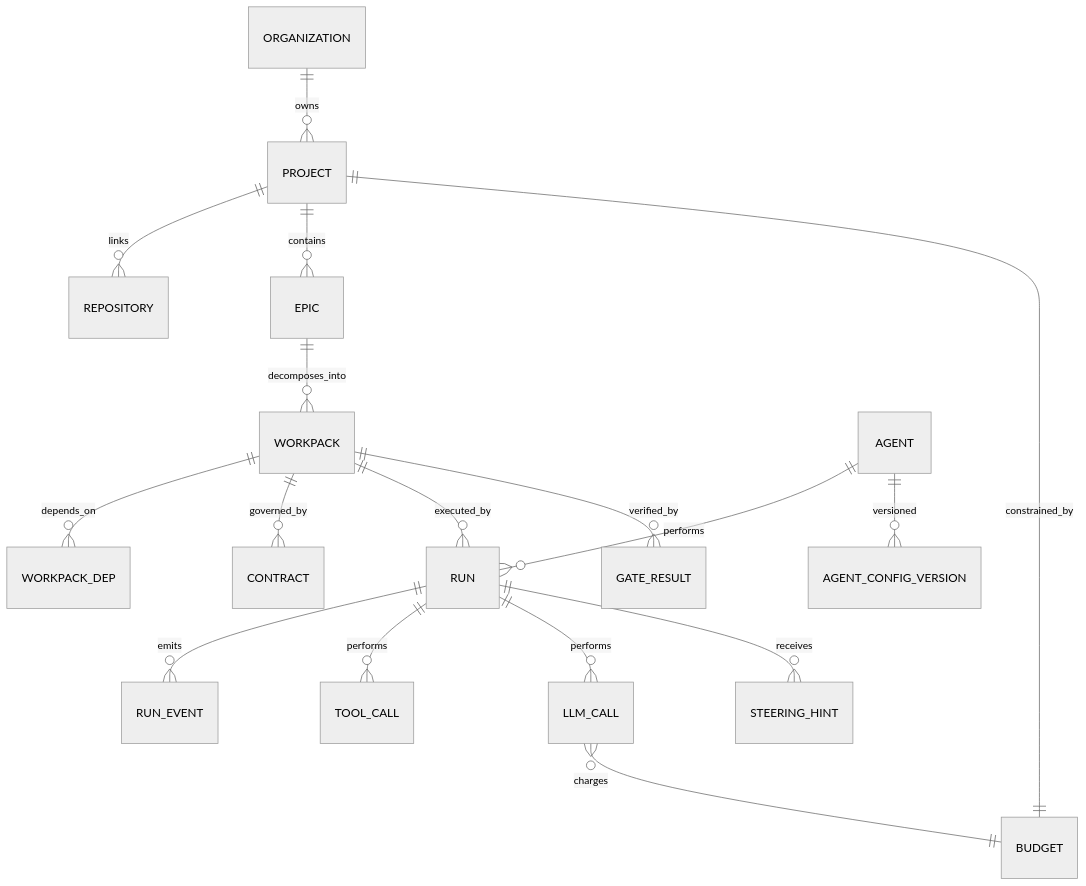
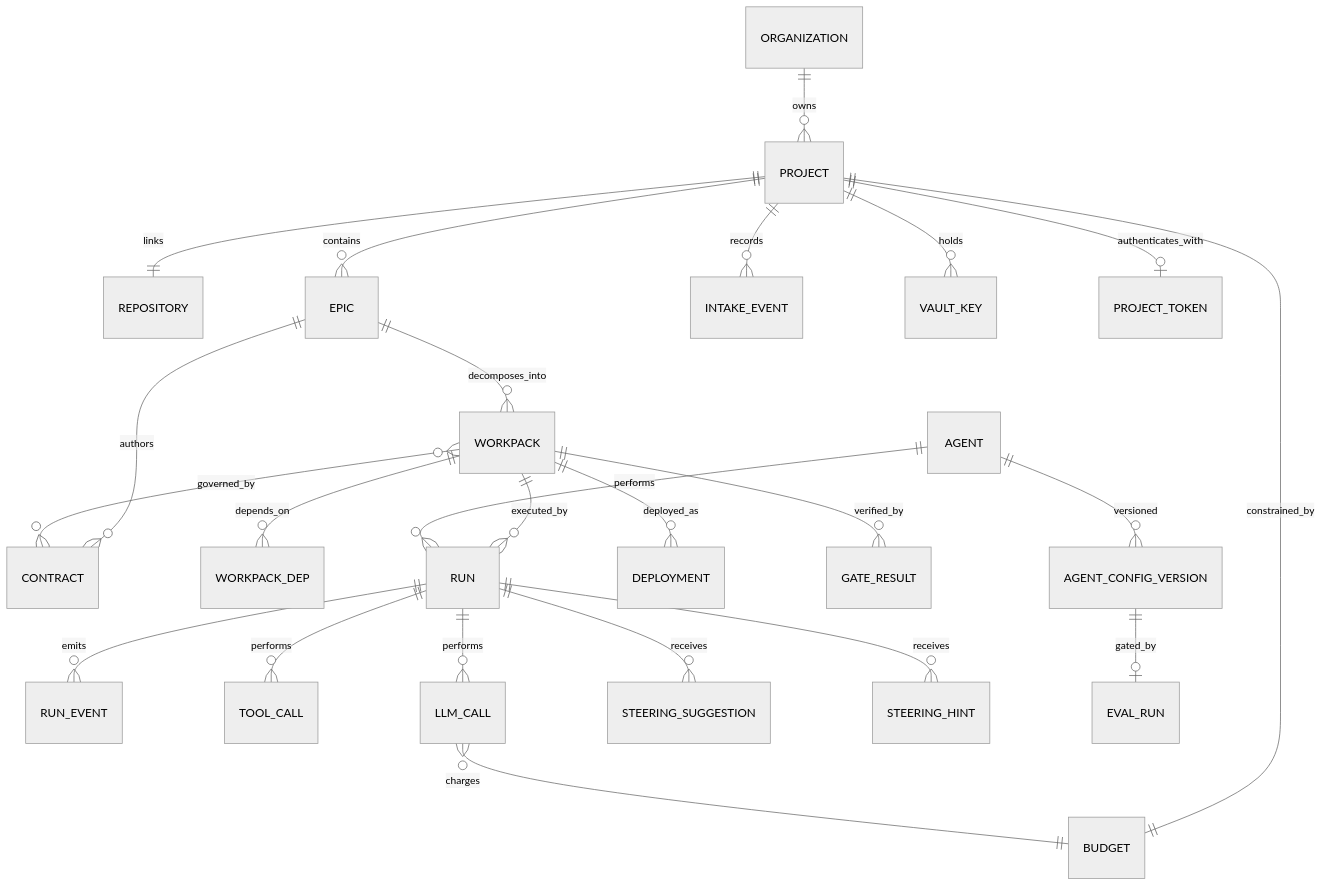
The second of 4 diagrams in docs/TECHNICAL_SPEC.md (BboyAkers/Software-Factory-Studio), drawn with Mermaid (neutral theme) before and after one commit. The commit also changed other lines of this file and 3594 other files, not shown here.

````diff
--- a/docs/TECHNICAL_SPEC.md
+++ b/docs/TECHNICAL_SPEC.md
@@ -172,19 +203,26 @@
 ```mermaid
 erDiagram
   ORGANIZATION ||--o{ PROJECT : owns
-  PROJECT ||--o{ REPOSITORY : links
+  PROJECT ||--|| REPOSITORY : links
   PROJECT ||--o{ EPIC : contains
+  PROJECT ||--o{ INTAKE_EVENT : records
   EPIC ||--o{ WORKPACK : decomposes_into
+  EPIC ||--o{ CONTRACT : authors
   WORKPACK ||--o{ WORKPACK_DEP : depends_on
-  WORKPACK ||--o{ CONTRACT : governed_by
+  WORKPACK }o--o{ CONTRACT : governed_by
   WORKPACK ||--o{ RUN : executed_by
+  WORKPACK ||--o{ DEPLOYMENT : deployed_as
   RUN ||--o{ RUN_EVENT : emits
   RUN ||--o{ TOOL_CALL : performs
   RUN ||--o{ LLM_CALL : performs
+  RUN ||--o{ STEERING_SUGGESTION : receives
   RUN ||--o{ STEERING_HINT : receives
   WORKPACK ||--o{ GATE_RESULT : verified_by
   AGENT ||--o{ RUN : performs
   AGENT ||--o{ AGENT_CONFIG_VERSION : versioned
+  AGENT_CONFIG_VERSION ||--o| EVAL_RUN : gated_by
   PROJECT ||--|| BUDGET : constrained_by
+  PROJECT ||--o{ VAULT_KEY : holds
+  PROJECT ||--o| PROJECT_TOKEN : authenticates_with
   LLM_CALL }o--|| BUDGET : charges
 ```
````
